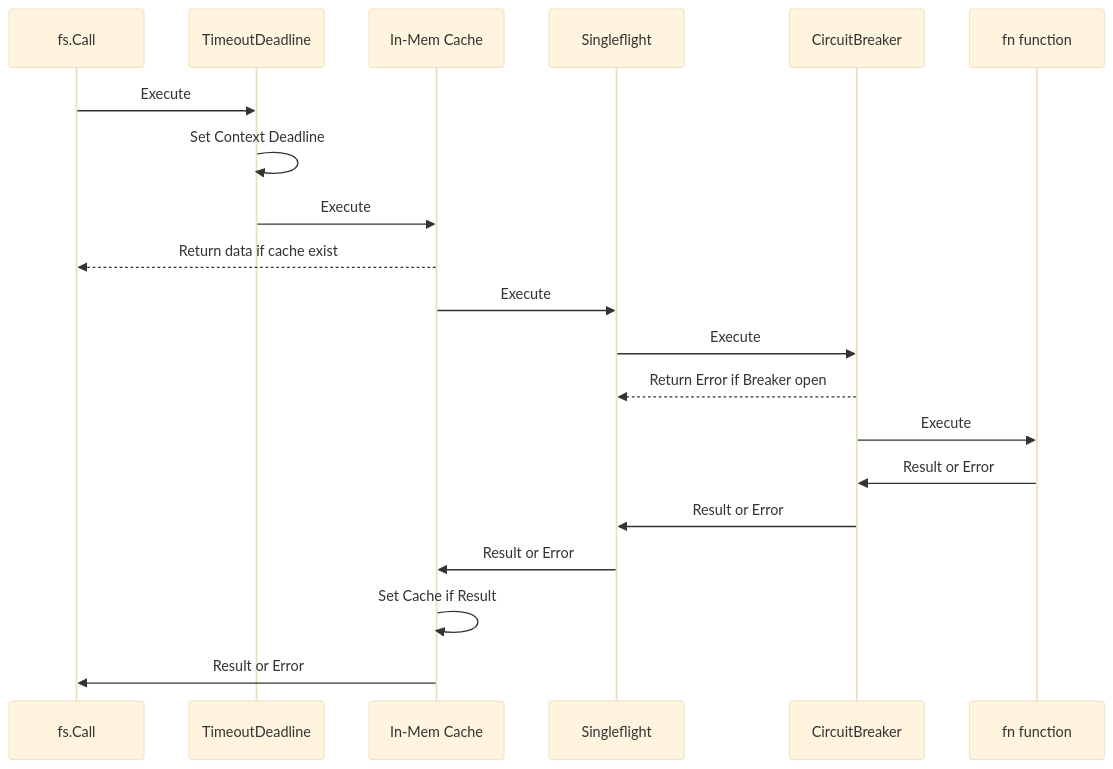
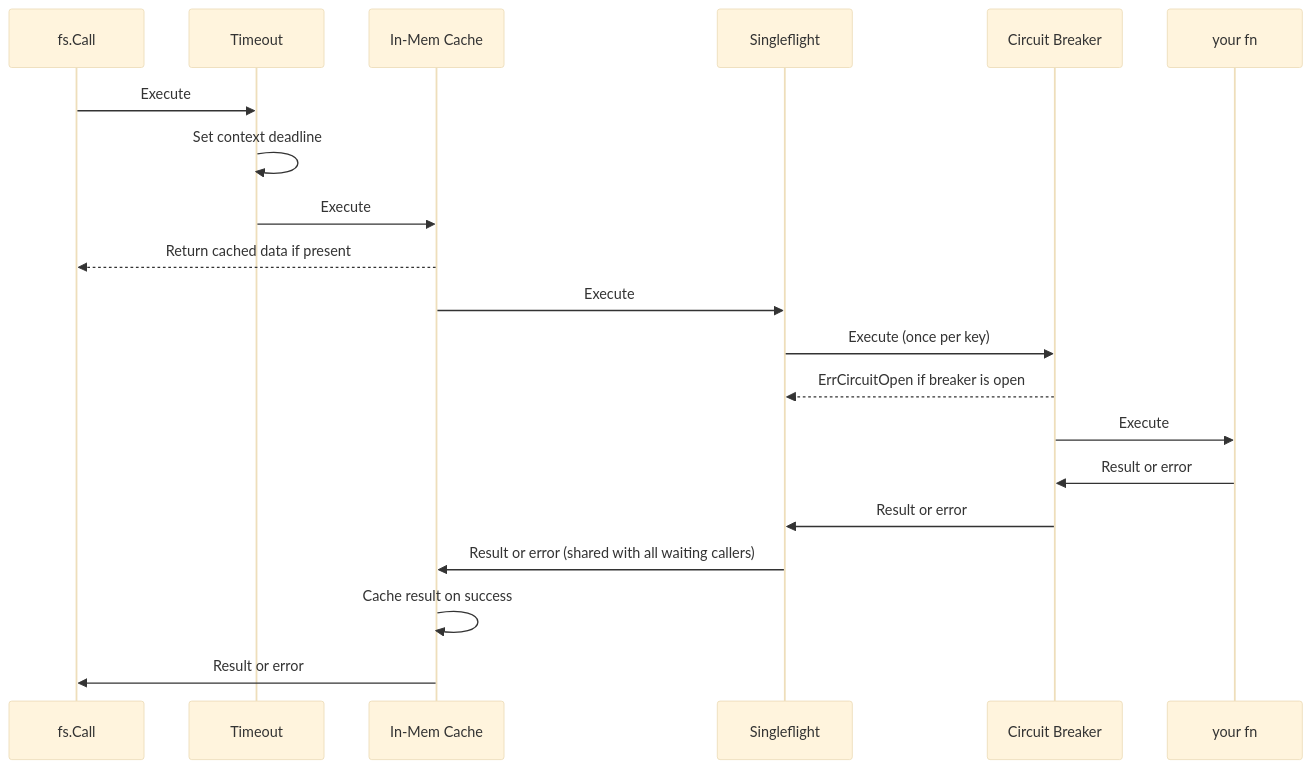
The diagram in README.md (rizanw/go-failsafecall), drawn with Mermaid (base theme) before and after one commit. The commit also changed other lines of this file and 5 other files, not shown here.

First line of the commit message:
fix: run singleflight outside the circuit breaker; export breaker errors (#7)

````diff
--- a/README.md
+++ b/README.md
@@ -103,22 +70,22 @@
 ```mermaid
 sequenceDiagram
     participant fs as fs.Call
-    participant td as TimeoutDeadline
+    participant td as Timeout
     participant c as In-Mem Cache
     participant sf as Singleflight
-    participant cb as CircuitBreaker
-    participant fn as fn function
+    participant cb as Circuit Breaker
+    participant fn as your fn
     fs ->> td: Execute
-    td ->> td: Set Context Deadline
+    td ->> td: Set context deadline
     td ->> c: Execute
-    c -->> fs: Return data if cache exist
+    c -->> fs: Return cached data if present
     c ->> sf: Execute
-    sf ->> cb: Execute
-    cb -->> sf: Return Error if Breaker open
+    sf ->> cb: Execute (once per key)
+    cb -->> sf: ErrCircuitOpen if breaker is open
     cb ->> fn: Execute
-    fn ->> cb: Result or Error
-    cb ->> sf: Result or Error
-    sf ->> c: Result or Error
-    c ->> c: Set Cache if Result
-    c ->> fs: Result or Error
+    fn ->> cb: Result or error
+    cb ->> sf: Result or error
+    sf ->> c: Result or error (shared with all waiting callers)
+    c ->> c: Cache result on success
+    c ->> fs: Result or error
 ```
````
